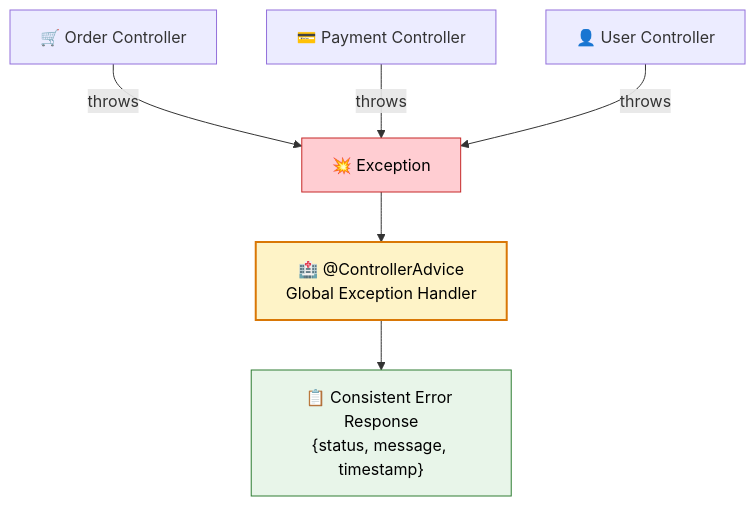
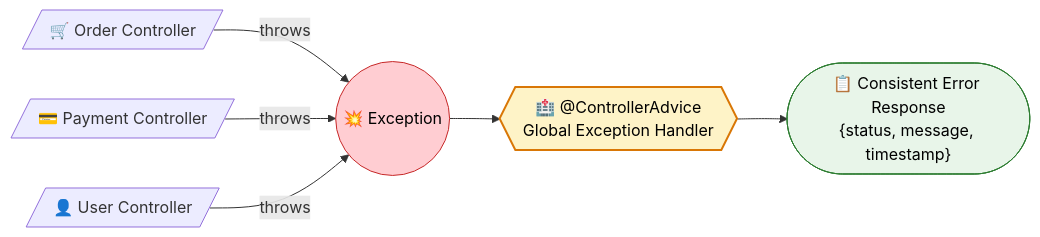
The first of 2 diagrams in docs/springboot/exceptionhandling.md (saivamsikaruturi/vamsilabs-dev-notes-main), drawn with Mermaid before and after one commit. The commit also changed other lines of this file and 146 other files, not shown here.

Commit message:
Horizontal diagrams, UML class diagrams, typography overhaul, and permalink cleanup

````diff
--- a/docs/springboot/exceptionhandling.md
+++ b/docs/springboot/exceptionhandling.md
@@ -10,12 +10,12 @@
 ```mermaid
-flowchart TD
-    R1["🛒 Order Controller"] -->|throws| E["💥 Exception"]
-    R2["💳 Payment Controller"] -->|throws| E
-    R3["👤 User Controller"] -->|throws| E
-    E --> CA["🏥 @ControllerAdvice<br/>Global Exception Handler"]
-    CA --> Res["📋 Consistent Error Response<br/>{status, message, timestamp}"]
+flowchart LR
+    R1[/"🛒 Order Controller"/] -->|throws| E(("💥 Exception"))
+    R2[/"💳 Payment Controller"/] -->|throws| E
+    R3[/"👤 User Controller"/] -->|throws| E
+    E --> CA{{"🏥 @ControllerAdvice<br/>Global Exception Handler"}}
+    CA --> Res(["📋 Consistent Error Response<br/>{status, message, timestamp}"])
 
     style CA fill:#FEF3C7,stroke:#D97706,stroke-width:2px,color:#000
     style Res fill:#E8F5E9,stroke:#2E7D32,color:#000
     style E fill:#FFCDD2,stroke:#C62828,color:#000
 ```
````
